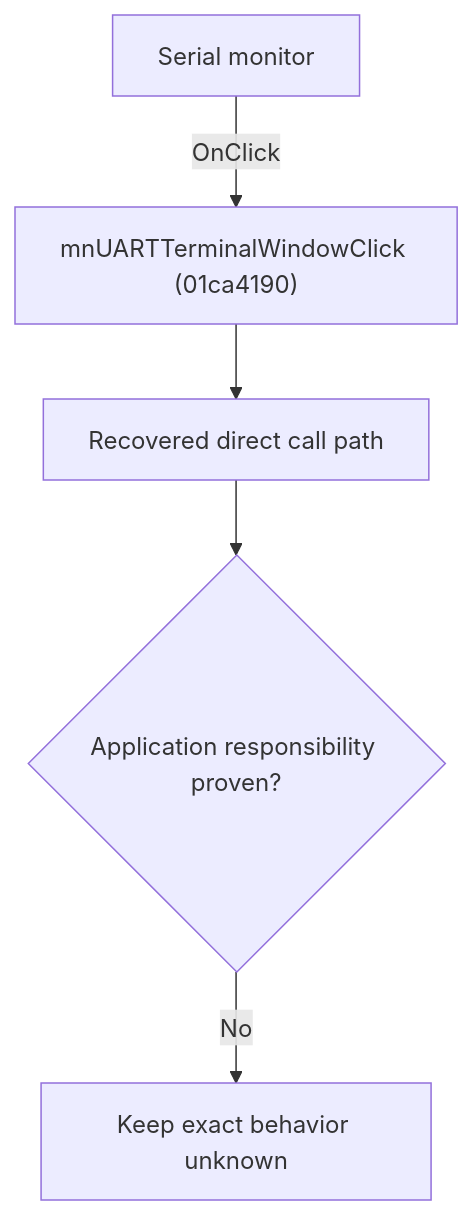
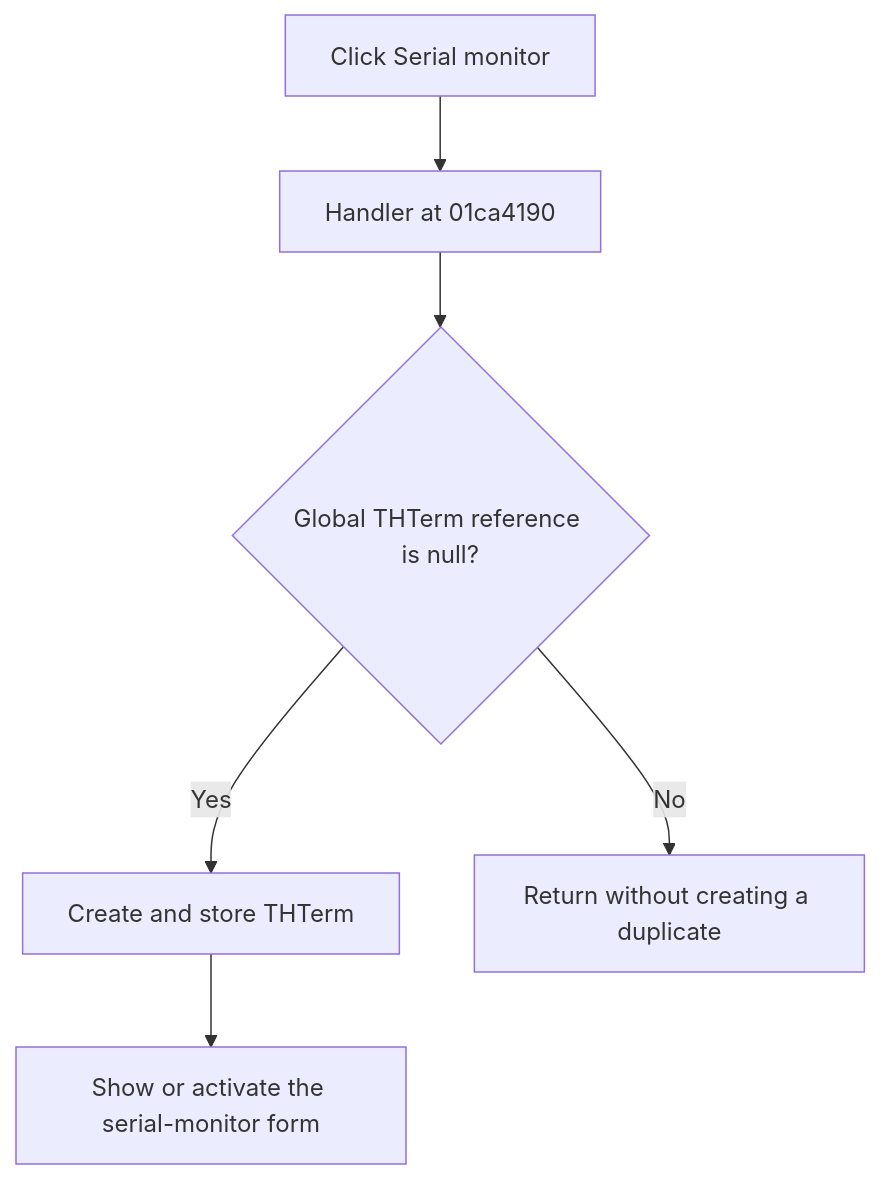
The diagram in docs/ui-controls/schematiceditor/mnuartterminalwindow-99f0dc0852.md (MovGP0/TIARA), drawn with Mermaid before and after one commit. The commit also changed other lines of this file and 241 other files, not shown here.

````diff
--- a/docs/ui-controls/schematiceditor/mnuartterminalwindow-99f0dc0852.md
+++ b/docs/ui-controls/schematiceditor/mnuartterminalwindow-99f0dc0852.md
@@ -27,7 +27,8 @@
 ```mermaid
 flowchart TD
-    control["Serial monitor"] -->|"OnClick"| handler["mnUARTTerminalWindowClick (01ca4190)"]
-    handler --> recovered["Recovered direct call path"]
-    recovered --> gap{"Application responsibility proven?"}
-    gap -->|"No"| blocked["Keep exact behavior unknown"]
+    control["Click Serial monitor"] --> handler["Handler at 01ca4190"]
+    handler --> exists{"Global THTerm reference is null?"}
+    exists -->|"Yes"| create["Create and store THTerm"]
+    create --> show["Show or activate the serial-monitor form"]
+    exists -->|"No"| noop["Return without creating a duplicate"]
 ```
````
